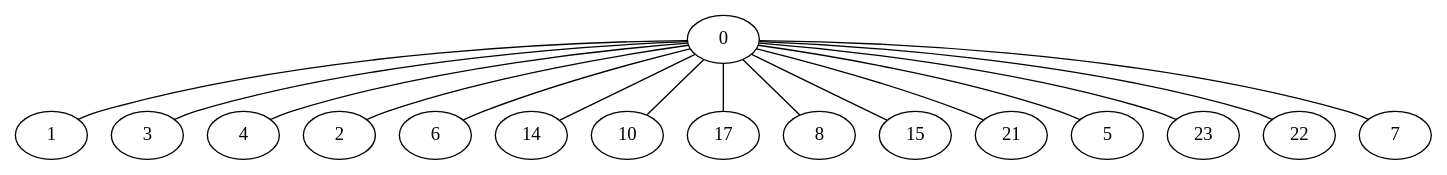
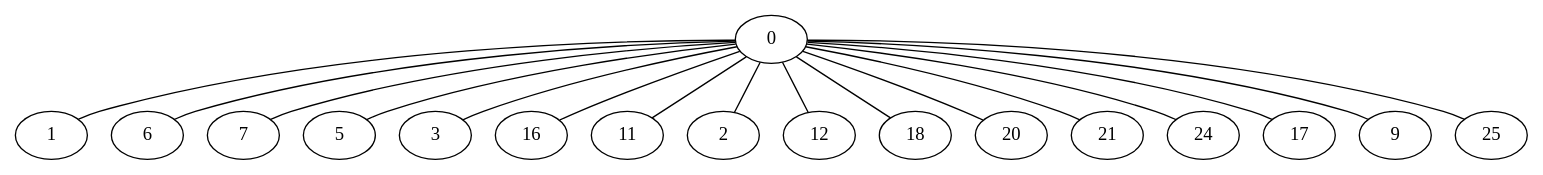
The diagram in BFS_DFS/mendeschicoDFS.gv (JulioHaro93/GraphsModels), drawn with Graphviz before and after one commit. The commit also changed 17 other files, not shown here.

```diff
--- a/BFS_DFS/mendeschicoDFS.gv
+++ b/BFS_DFS/mendeschicoDFS.gv
@@ -1,17 +1,18 @@
 graph G {
   0 -- 1;
+  0 -- 6;
+  0 -- 7;
+  0 -- 5;
   0 -- 3;
-  0 -- 4;
+  0 -- 16;
+  0 -- 11;
   0 -- 2;
-  0 -- 6;
-  0 -- 14;
-  0 -- 10;
+  0 -- 12;
+  0 -- 18;
+  0 -- 20;
+  0 -- 21;
+  0 -- 24;
   0 -- 17;
-  0 -- 8;
-  0 -- 15;
-  0 -- 21;
-  0 -- 5;
-  0 -- 23;
-  0 -- 22;
-  0 -- 7;
+  0 -- 9;
+  0 -- 25;
 }
```
